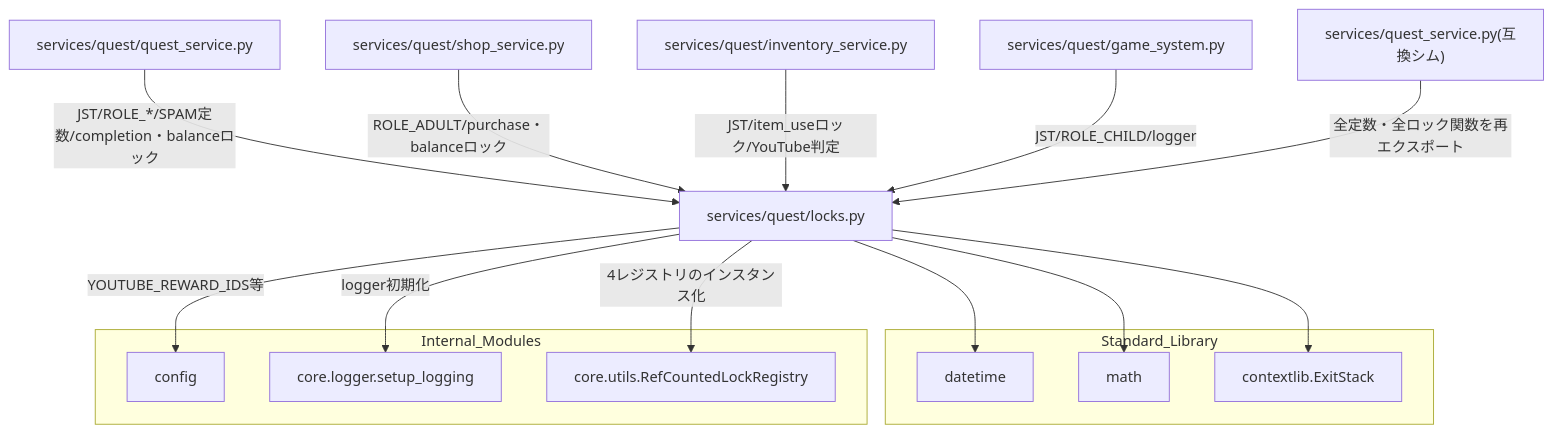
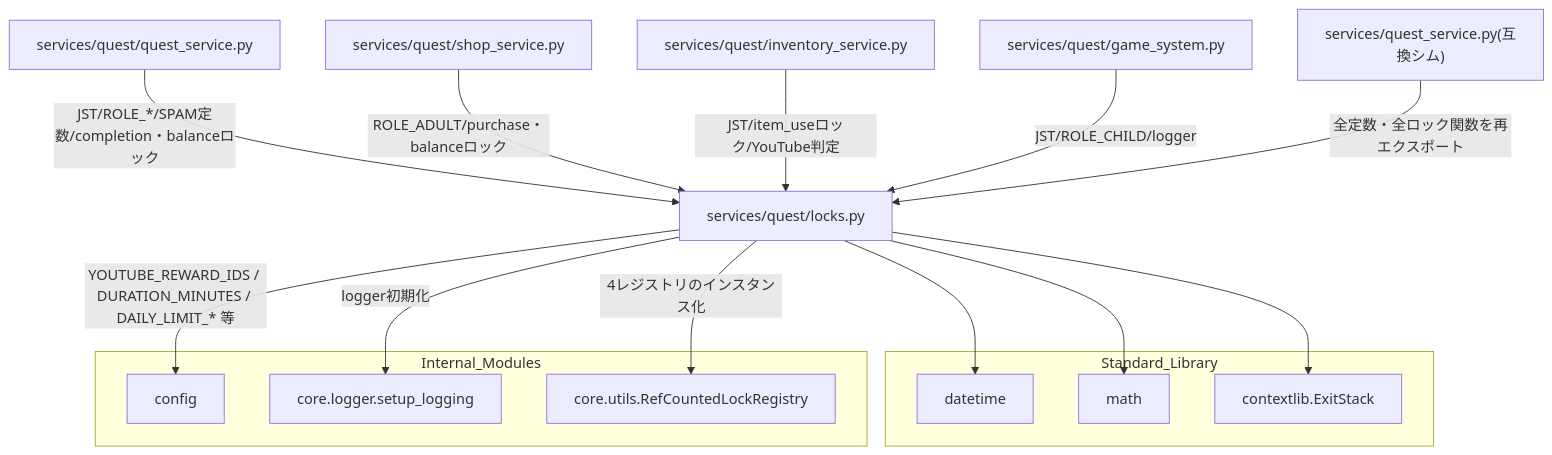
One commit to mmtigers/my_python_project changed the second of 2 diagrams in docs/specifications/MY_HOME_SYSTEM/quest_locks.md. Above: the diagram before and after it, drawn with Mermaid. The commit also changed other lines of this file and 6 other files, not shown here.

````diff
--- a/docs/specifications/MY_HOME_SYSTEM/quest_locks.md
+++ b/docs/specifications/MY_HOME_SYSTEM/quest_locks.md
@@ -241,29 +303,29 @@
 ```mermaid
 graph TD
     Locks["services/quest/locks.py"]
 
     subgraph Standard_Library
         DatetimeMod["datetime"]
         MathMod["math"]
         ExitStackMod["contextlib.ExitStack"]
     end
 
     subgraph Internal_Modules
         ConfigMod["config"]
         SetupLogging["core.logger.setup_logging"]
         RefCountedLockRegistryClass["core.utils.RefCountedLockRegistry"]
     end
 
     Locks --> DatetimeMod
     Locks --> MathMod
     Locks --> ExitStackMod
-    Locks -->|"YOUTUBE_REWARD_IDS等"| ConfigMod
+    Locks -->|"YOUTUBE_REWARD_IDS / DURATION_MINUTES / DAILY_LIMIT_* 等"| ConfigMod
     Locks -->|"logger初期化"| SetupLogging
     Locks -->|"4レジストリのインスタンス化"| RefCountedLockRegistryClass
 
     QuestServiceFile["services/quest/quest_service.py"] -->|"JST/ROLE_*/SPAM定数/completion・balanceロック"| Locks
     ShopServiceFile["services/quest/shop_service.py"] -->|"ROLE_ADULT/purchase・balanceロック"| Locks
     InventoryServiceFile["services/quest/inventory_service.py"] -->|"JST/item_useロック/YouTube判定"| Locks
     GameSystemFile["services/quest/game_system.py"] -->|"JST/ROLE_CHILD/logger"| Locks
     ShimFile["services/quest_service.py(互換シム)"] -->|"全定数・全ロック関数を再エクスポート"| Locks
 ```
````
